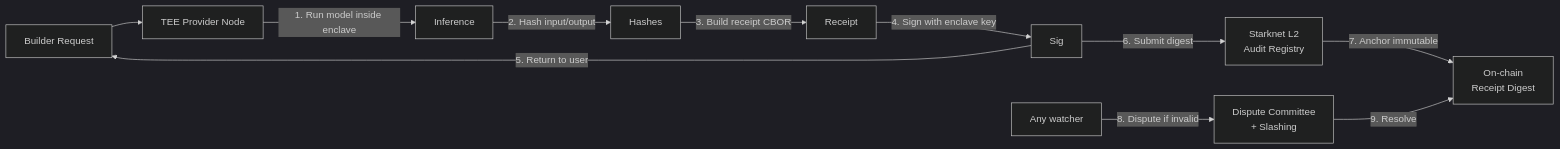
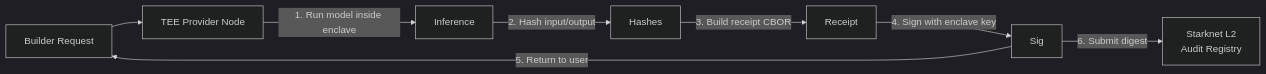
Before and after one commit to karlostoteles/PatronAIge: the diagram in README.md, drawn with Mermaid (dark theme). The commit also changed other lines of this file, not shown here.

````diff
--- a/README.md
+++ b/README.md
@@ -21,13 +42,10 @@
 ```mermaid
 flowchart LR
     User[Builder Request] --> Provider[TEE Provider Node]
     Provider -->|1. Run model inside enclave| Inference[Inference]
     Inference -->|2. Hash input/output| Hashes[Hashes]
     Hashes -->|3. Build receipt CBOR| Receipt[Receipt]
     Receipt -->|4. Sign with enclave key| Signed[Sig]
     Signed -->|5. Return to user| User
     Signed -->|6. Submit digest| L2[Starknet L2\nAudit Registry]
-    L2 -->|7. Anchor immutable| Chain[On-chain\nReceipt Digest]
-    Challenger[Any watcher] -->|8. Dispute if invalid| Dispute[Dispute Committee\n+ Slashing]
-    Dispute -->|9. Resolve| Chain
 ```
````
